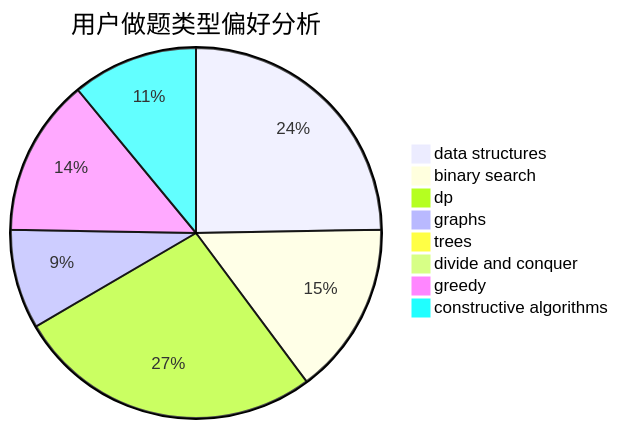
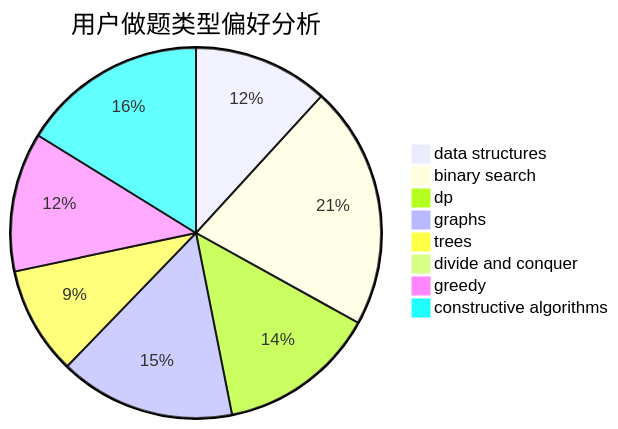
Before and after one commit to sherpahu/cfrs.github.io: the second of 3 diagrams in docs/user/u223.md, drawn with Mermaid. The commit also changed other lines of this file and 2770 other files, not shown here.

````diff
--- a/docs/user/u223.md
+++ b/docs/user/u223.md
@@ -23,11 +23,11 @@
 ```mermaid
 pie title 用户做题类型偏好分析
-    "data structures" :  108
-    "binary search" :  66
-    "dp" :  117
-    "graphs" :  38
-    "trees" :  1
-    "divide and conquer" :  3
-    "greedy" :  60
-    "constructive algorithms" :  48
+    "data structures" :  70
+    "binary search" :  126
+    "dp" :  82
+    "graphs" :  91
+    "trees" :  56
+    "divide and conquer" :  0
+    "greedy" :  72
+    "constructive algorithms" :  96
 ```
````
